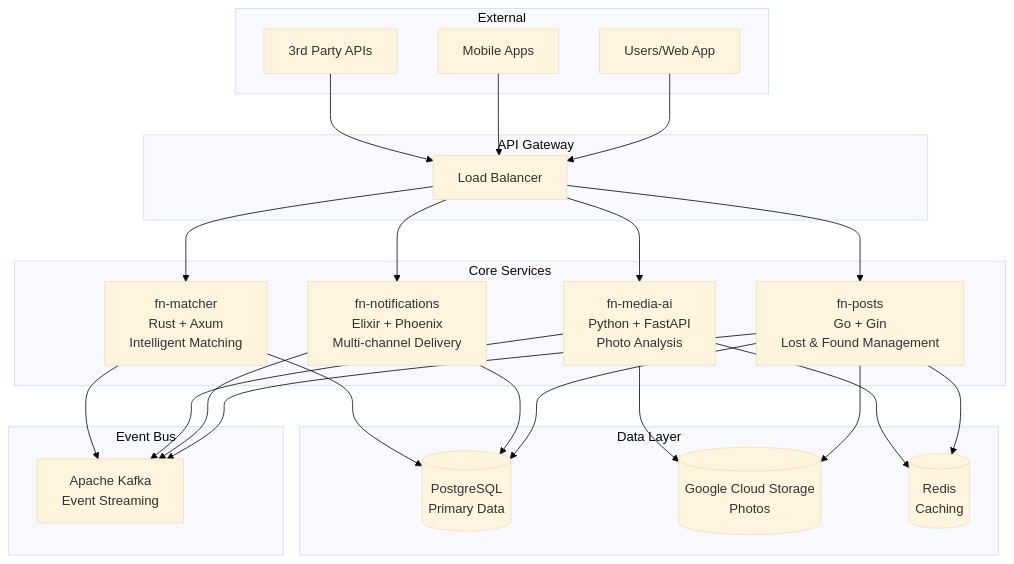
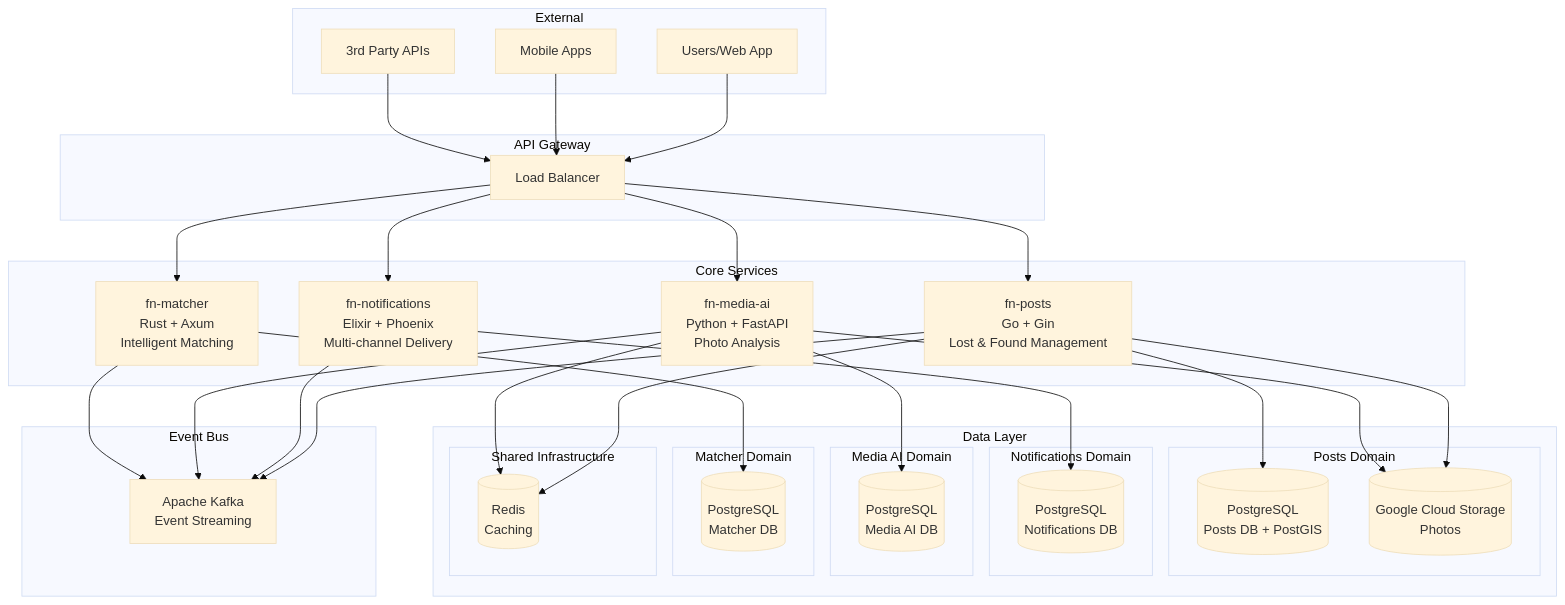
The diagram in README.md (findly-now/fn-docs), drawn with Mermaid (base theme) before and after one commit.

Commit message:
docs: Update architecture diagram to show domain-specific databases
Enhanced the system architecture diagram to properly demonstrate database separation by domain:

🏗️ Database Separation by Domain:
- Posts Domain: PostgreSQL Posts DB + PostGIS for geospatial queries
- Notifications Domain: PostgreSQL Notifications DB for delivery management
- Media AI Domain: PostgreSQL Media AI DB for AI analysis results
- Matcher Domain: PostgreSQL Matcher DB for matching algorithms

✅ DDD Compliance:
- Each bounded context now has its own dedicated database
- Clear data ownership boundaries between domains
- Improved domain autonomy and separation of concerns
- Shared infrastructure (Redis) properly identified

🤖 Generated with [Claude Code](https://claude.com/claude-code)

````diff
--- a/README.md
+++ b/README.md
@@ -40,52 +40,66 @@
 ```mermaid
 graph TB
     subgraph "External"
         U[Users/Web App]
         M[Mobile Apps]
         API[3rd Party APIs]
     end
 
     subgraph "API Gateway"
         GW[Load Balancer]
     end
 
     subgraph "Core Services"
         POSTS[fn-posts<br/>Go + Gin<br/>Lost & Found Management]
         NOTIF[fn-notifications<br/>Elixir + Phoenix<br/>Multi-channel Delivery]
         AI[fn-media-ai<br/>Python + FastAPI<br/>Photo Analysis]
         MATCH[fn-matcher<br/>Rust + Axum<br/>Intelligent Matching]
     end
 
     subgraph "Event Bus"
         KAFKA[Apache Kafka<br/>Event Streaming]
     end
 
     subgraph "Data Layer"
-        PG[(PostgreSQL<br/>Primary Data)]
-        GCS[(Google Cloud Storage<br/>Photos)]
-        REDIS[(Redis<br/>Caching)]
+        subgraph "Posts Domain"
+            PG_POSTS[(PostgreSQL<br/>Posts DB + PostGIS)]
+            GCS[(Google Cloud Storage<br/>Photos)]
+        end
+        subgraph "Notifications Domain"
+            PG_NOTIF[(PostgreSQL<br/>Notifications DB)]
+        end
+        subgraph "Media AI Domain"
+            PG_AI[(PostgreSQL<br/>Media AI DB)]
+        end
+        subgraph "Matcher Domain"
+            PG_MATCH[(PostgreSQL<br/>Matcher DB)]
+        end
+        subgraph "Shared Infrastructure"
+            REDIS[(Redis<br/>Caching)]
+        end
     end
 
     U --> GW
     M --> GW
     API --> GW
 
     GW --> POSTS
     GW --> NOTIF
     GW --> AI
     GW --> MATCH
 
     POSTS --> KAFKA
     NOTIF --> KAFKA
     AI --> KAFKA
     MATCH --> KAFKA
 
-    POSTS --> PG
+    POSTS --> PG_POSTS
     POSTS --> GCS
-    NOTIF --> PG
+    NOTIF --> PG_NOTIF
+    AI --> PG_AI
     AI --> GCS
-    MATCH --> PG
+    MATCH --> PG_MATCH
 
     POSTS --> REDIS
     AI --> REDIS
 ```
````
